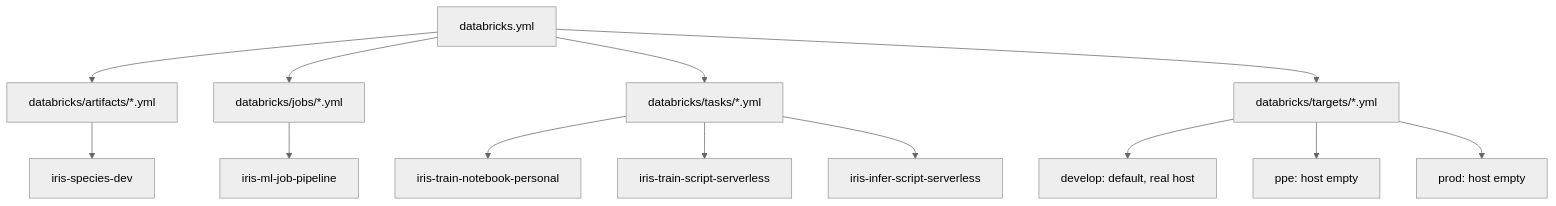
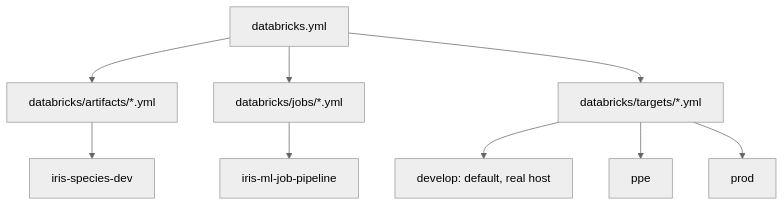
The first of 4 diagrams in docs/guides/eli25-databricks-productionalisation.md (akumawavez/iris-ml-prod-test), drawn with Mermaid (neutral theme) before and after one commit. The commit also changed other lines of this file and 19 other files, not shown here.

````diff
--- a/docs/guides/eli25-databricks-productionalisation.md
+++ b/docs/guides/eli25-databricks-productionalisation.md
@@ -34,15 +34,11 @@
 ```mermaid
 flowchart TD
   root["databricks.yml"] --> artifacts["databricks/artifacts/*.yml"]
   root --> jobs["databricks/jobs/*.yml"]
-  root --> tasks["databricks/tasks/*.yml"]
   root --> targets["databricks/targets/*.yml"]
   artifacts --> endpoint["iris-species-dev"]
   jobs --> pipeline["iris-ml-job-pipeline"]
-  tasks --> jobA["iris-train-notebook-personal"]
-  tasks --> jobB["iris-train-script-serverless"]
-  tasks --> jobC["iris-infer-script-serverless"]
   targets --> develop["develop: default, real host"]
-  targets --> ppe["ppe: host empty"]
-  targets --> prod["prod: host empty"]
+  targets --> ppe["ppe"]
+  targets --> prod["prod"]
 ```
````
